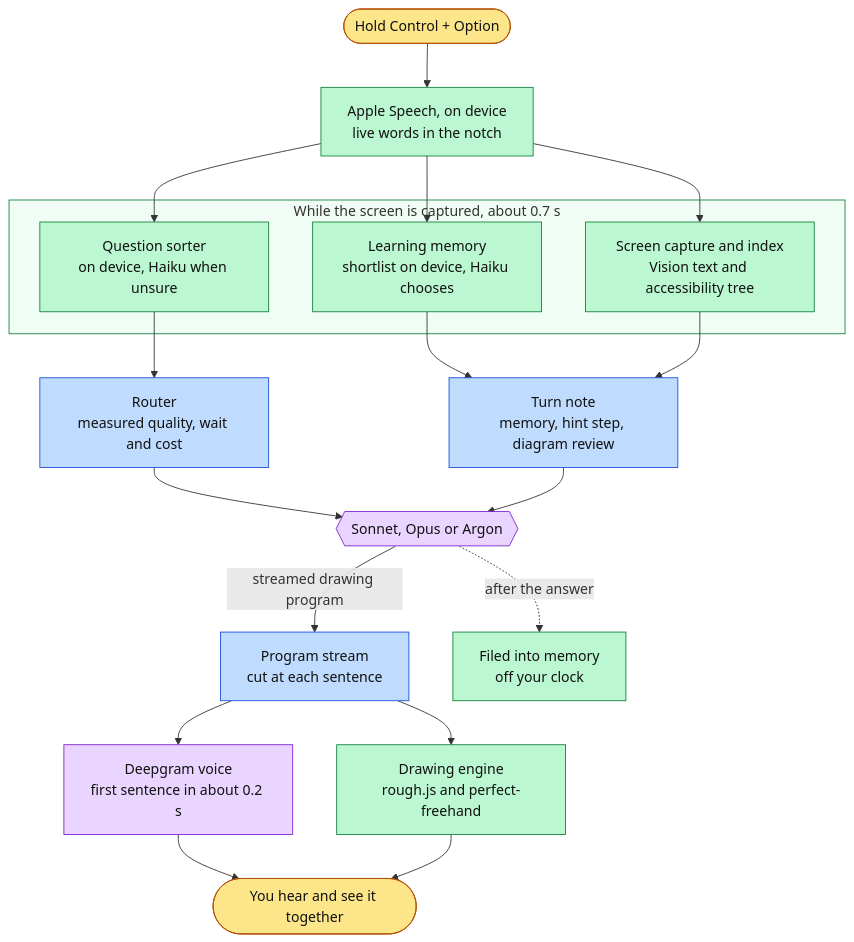
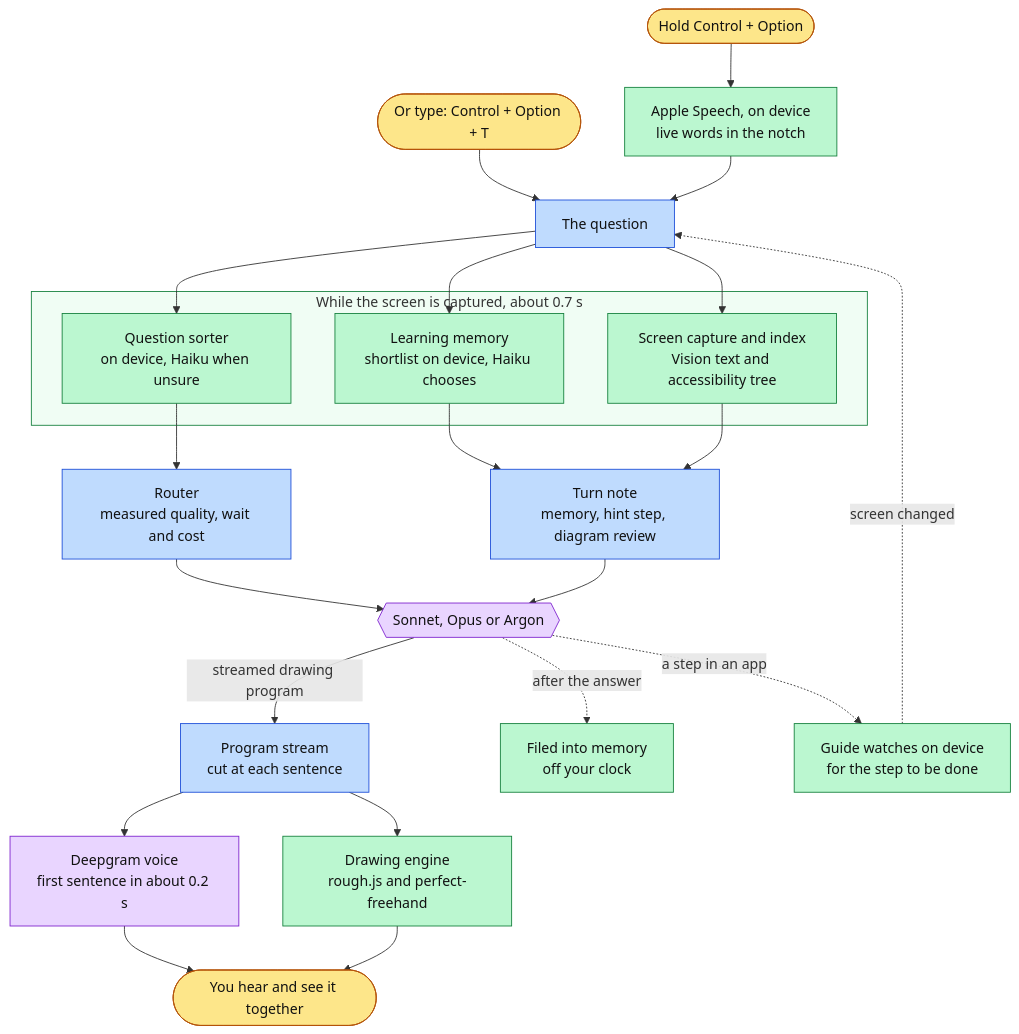
Before and after one commit to projects-hacks/buddy: the diagram in README.md, drawn with Mermaid. The commit also changed other lines of this file and 9 other files, not shown here.

Commit message:
Describe typing and app walkthroughs on every setup and settings page, say exactly when the screen is captured, close the notch when setup opens so it never covers the window, and write the 1.3 release notes

````diff
--- a/README.md
+++ b/README.md
@@ -50,31 +54,35 @@
 ```mermaid
 flowchart TD
     keys([Hold Control + Option]):::input --> speech[Apple Speech, on device<br/>live words in the notch]:::device
-    speech --> sort[Question sorter<br/>on device, Haiku when unsure]:::device
-    speech --> recall[Learning memory<br/>shortlist on device, Haiku chooses]:::device
-    speech --> capture[Screen capture and index<br/>Vision text and accessibility tree]:::device
+    typed([Or type: Control + Option + T]):::input --> question[The question]:::logic
+    speech --> question
+    question --> sort[Question sorter<br/>on device, Haiku when unsure]:::device
+    question --> recall[Learning memory<br/>shortlist on device, Haiku chooses]:::device
+    question --> capture[Screen capture and index<br/>Vision text and accessibility tree]:::device
 
     subgraph prepare [While the screen is captured, about 0.7 s]
         sort
         recall
         capture
     end
 
     sort --> route[Router<br/>measured quality, wait and cost]:::logic
     recall --> note[Turn note<br/>memory, hint step, diagram review]:::logic
     capture --> note
     route --> brain{{Sonnet, Opus or Argon}}:::cloud
     note --> brain
     brain -->|streamed drawing program| stream[Program stream<br/>cut at each sentence]:::logic
     stream --> voice[Deepgram voice<br/>first sentence in about 0.2 s]:::cloud
     stream --> pen[Drawing engine<br/>rough.js and perfect-freehand]:::device
     voice --> you([You hear and see it together]):::input
     pen --> you
     brain -. after the answer .-> file[Filed into memory<br/>off your clock]:::device
+    brain -. a step in an app .-> watch[Guide watches on device<br/>for the step to be done]:::device
+    watch -. screen changed .-> question
 
     classDef input fill:#fde68a,stroke:#b45309,color:#111
     classDef device fill:#bbf7d0,stroke:#15803d,color:#111
     classDef logic fill:#bfdbfe,stroke:#1d4ed8,color:#111
     classDef cloud fill:#e9d5ff,stroke:#7e22ce,color:#111
     style prepare fill:#f0fdf4,stroke:#15803d
 ```
````
